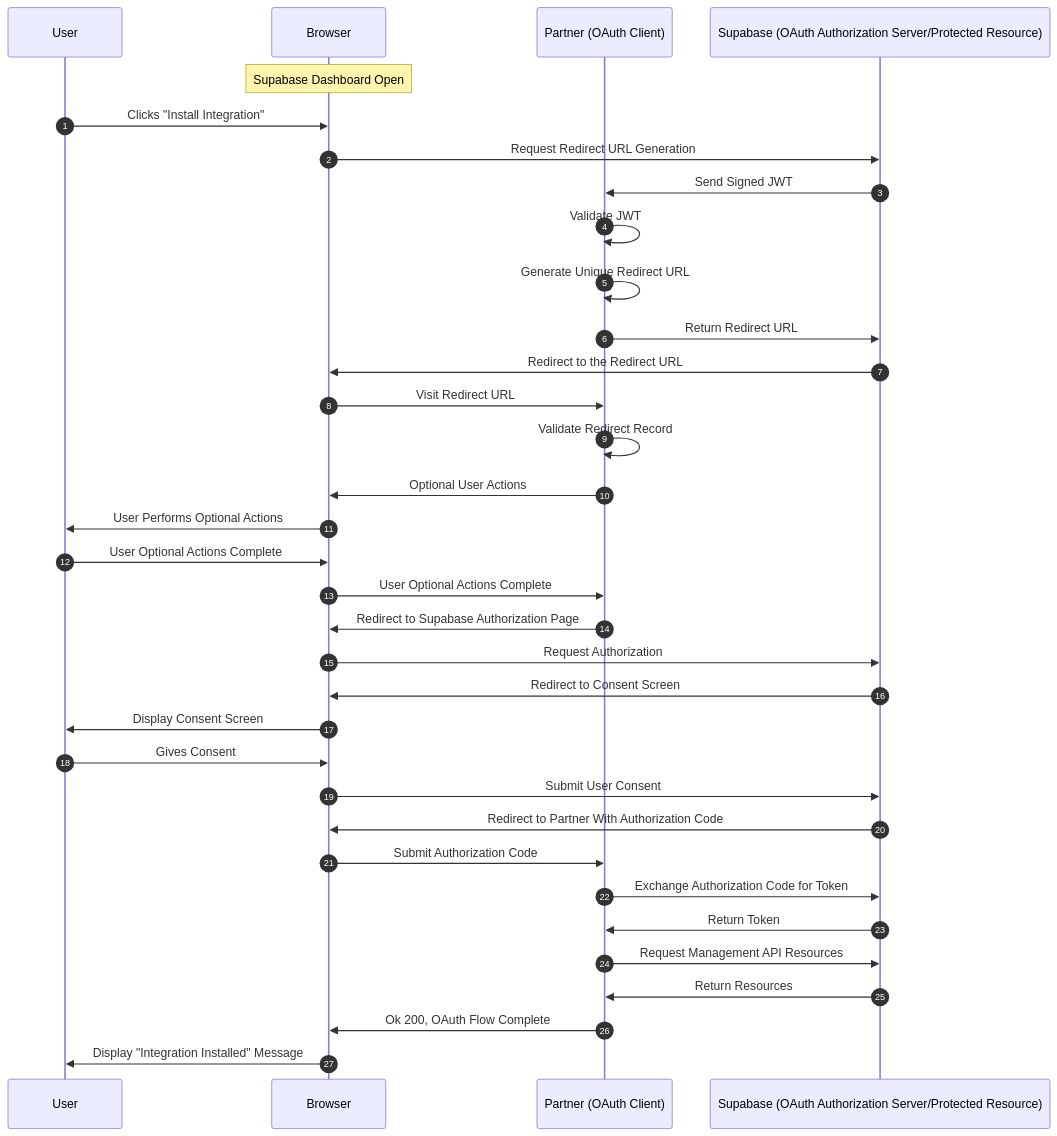
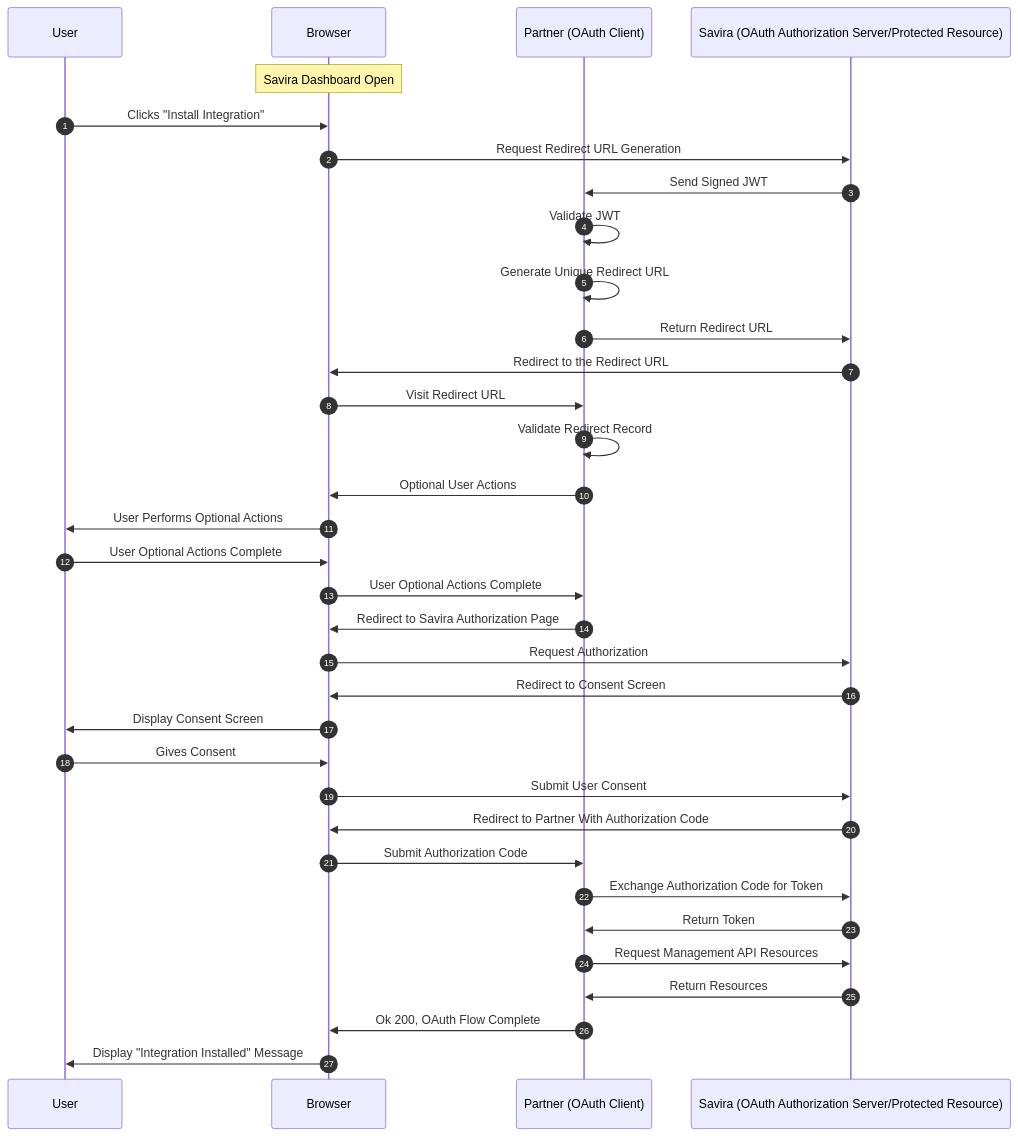
One commit to BEKO2210/Home-Base changed the second of 2 diagrams in apps/docs/content/guides/integrations/partner-integration-guide.mdx. Above: the diagram before and after it, drawn with Mermaid. The commit also changed other lines of this file and 2565 other files, not shown here.

First line of the commit message:
Rebrand Supabase -> Savira (name + transparent logo)

````diff
--- a/apps/docs/content/guides/integrations/partner-integration-guide.mdx
+++ b/apps/docs/content/guides/integrations/partner-integration-guide.mdx
@@ -90,48 +90,48 @@
 ```mermaid
 sequenceDiagram
   autonumber
   participant User
   participant Browser
   participant Partner as Partner (OAuth Client)
-  participant Supabase as Supabase (OAuth Authorization Server/Protected Resource)
+  participant Savira as Savira (OAuth Authorization Server/Protected Resource)
 
-  Note over Browser: Supabase Dashboard Open
+  Note over Browser: Savira Dashboard Open
 
   User->>Browser: Clicks "Install Integration"
 
-  Browser->>Supabase: Request Redirect URL Generation
-  Supabase->>Partner: Send Signed JWT
+  Browser->>Savira: Request Redirect URL Generation
+  Savira->>Partner: Send Signed JWT
   Partner->>Partner: Validate JWT
   Partner->>Partner: Generate Unique Redirect URL
-  Partner->>Supabase: Return Redirect URL
-  Supabase->>Browser: Redirect to the Redirect URL
+  Partner->>Savira: Return Redirect URL
+  Savira->>Browser: Redirect to the Redirect URL
 
   Browser->>Partner: Visit Redirect URL
   Partner->>Partner: Validate Redirect Record
   Partner->>Browser: Optional User Actions
   Browser->>User: User Performs Optional Actions
   User->>Browser: User Optional Actions Complete
   Browser->>Partner: User Optional Actions Complete
-  Partner->>Browser: Redirect to Supabase Authorization Page
+  Partner->>Browser: Redirect to Savira Authorization Page
 
-  Browser->>Supabase: Request Authorization
-  Supabase->>Browser: Redirect to Consent Screen
+  Browser->>Savira: Request Authorization
+  Savira->>Browser: Redirect to Consent Screen
 
   Browser->>User: Display Consent Screen
   User->>Browser: Gives Consent
 
-  Browser->>Supabase: Submit User Consent
-  Supabase->>Browser: Redirect to Partner With Authorization Code
+  Browser->>Savira: Submit User Consent
+  Savira->>Browser: Redirect to Partner With Authorization Code
 
   Browser->>Partner: Submit Authorization Code
 
-  Partner->>Supabase: Exchange Authorization Code for Token
-  Supabase->>Partner: Return Token
+  Partner->>Savira: Exchange Authorization Code for Token
+  Savira->>Partner: Return Token
 
-  Partner->>Supabase: Request Management API Resources
-  Supabase->>Partner: Return Resources
+  Partner->>Savira: Request Management API Resources
+  Savira->>Partner: Return Resources
 
   Partner->>Browser: Ok 200, OAuth Flow Complete
 
   Browser->>User: Display "Integration Installed" Message
 ```
````
